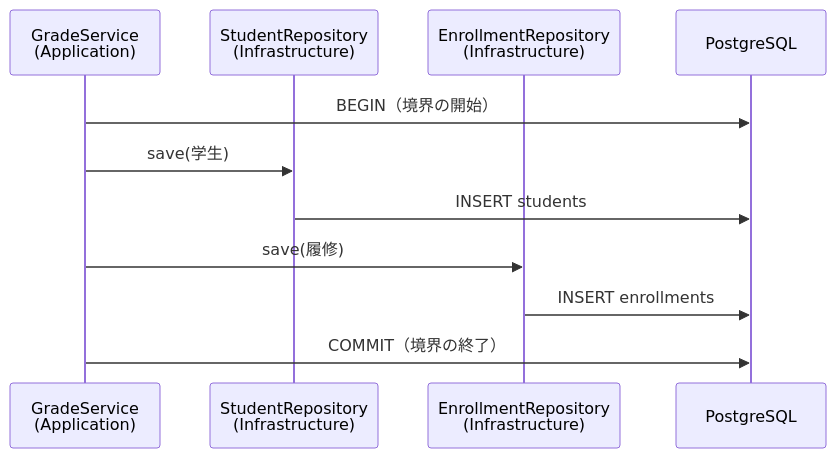
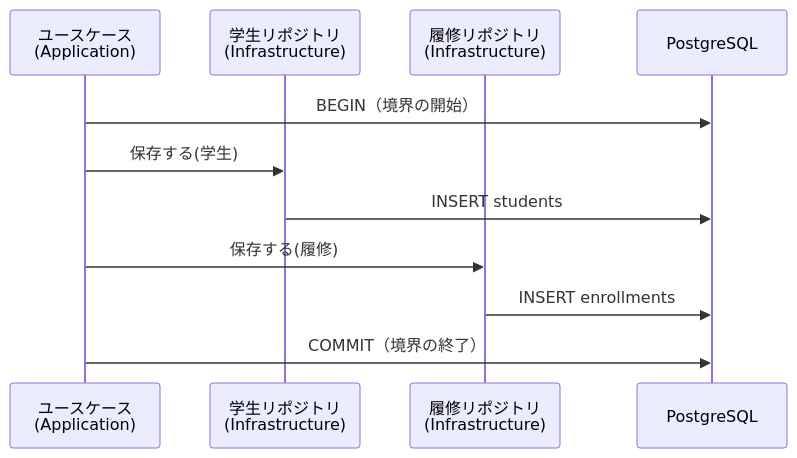
One commit to YTS0418/PRMN_SYSTEM_Lecture changed the fifth of 5 diagrams in データベース/11_トランザクション.md. Above: the diagram before and after it, drawn with Mermaid. The commit also changed other lines of this file and 14 other files, not shown here.

````diff
--- a/データベース/11_トランザクション.md
+++ b/データベース/11_トランザクション.md
@@ -222,13 +222,13 @@
 ```mermaid
 sequenceDiagram
-    participant S as GradeService<br>(Application)
-    participant SR as StudentRepository<br>(Infrastructure)
-    participant ER as EnrollmentRepository<br>(Infrastructure)
+    participant S as ユースケース<br>(Application)
+    participant SR as 学生リポジトリ<br>(Infrastructure)
+    participant ER as 履修リポジトリ<br>(Infrastructure)
     participant DB as PostgreSQL
     S->>DB: BEGIN（境界の開始）
-    S->>SR: save(学生)
+    S->>SR: 保存する(学生)
     SR->>DB: INSERT students
-    S->>ER: save(履修)
+    S->>ER: 保存する(履修)
     ER->>DB: INSERT enrollments
     S->>DB: COMMIT（境界の終了）
 ```
````
